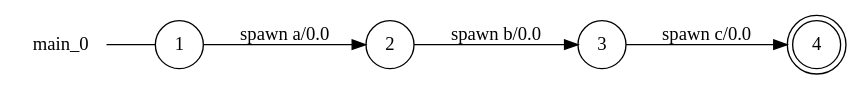
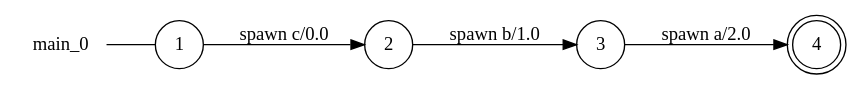
One commit to gabrielegenovese/chorer changed the diagram in examples/trick/main_0_local_view.dot. Above: the diagram before and after it, drawn with Graphviz. The commit also changed 81 other files, not shown here.

```diff
--- a/examples/trick/main_0_local_view.dot
+++ b/examples/trick/main_0_local_view.dot
@@ -1,13 +1,13 @@
 digraph main_0 {
 	rankdir="LR";
 	n_0 [label="main_0", shape="plaintext"];
 	n_1 [id="1", shape=circle, label="1"];
 	n_0 -> n_1 [arrowhead=none];
 	n_2 [id="2", shape=circle, label="2"];
 	n_3 [id="4", shape=circle, label="3"];
 	n_4 [id="3", shape=doublecircle, label="4"];
 
-	n_2 -> n_3 [id="[$e|2]", label="spawn b/0.0"];
-	n_1 -> n_2 [id="[$e|0]", label="spawn a/0.0"];
-	n_3 -> n_4 [id="[$e|1]", label="spawn c/0.0"];
+	n_1 -> n_2 [id="[$e|2]", label="spawn c/0.0"];
+	n_2 -> n_3 [id="[$e|1]", label="spawn b/1.0"];
+	n_3 -> n_4 [id="[$e|0]", label="spawn a/2.0"];
 }
```
